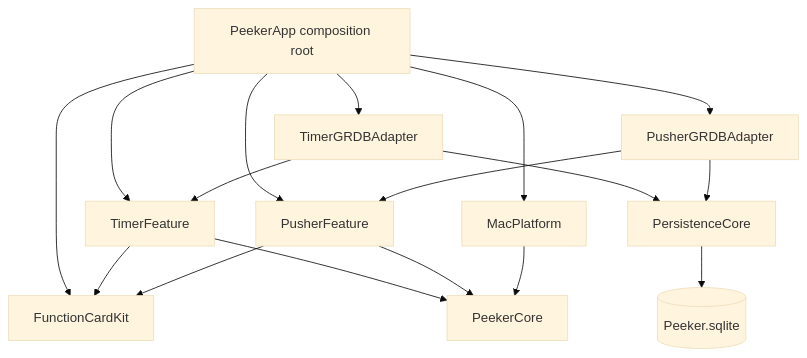
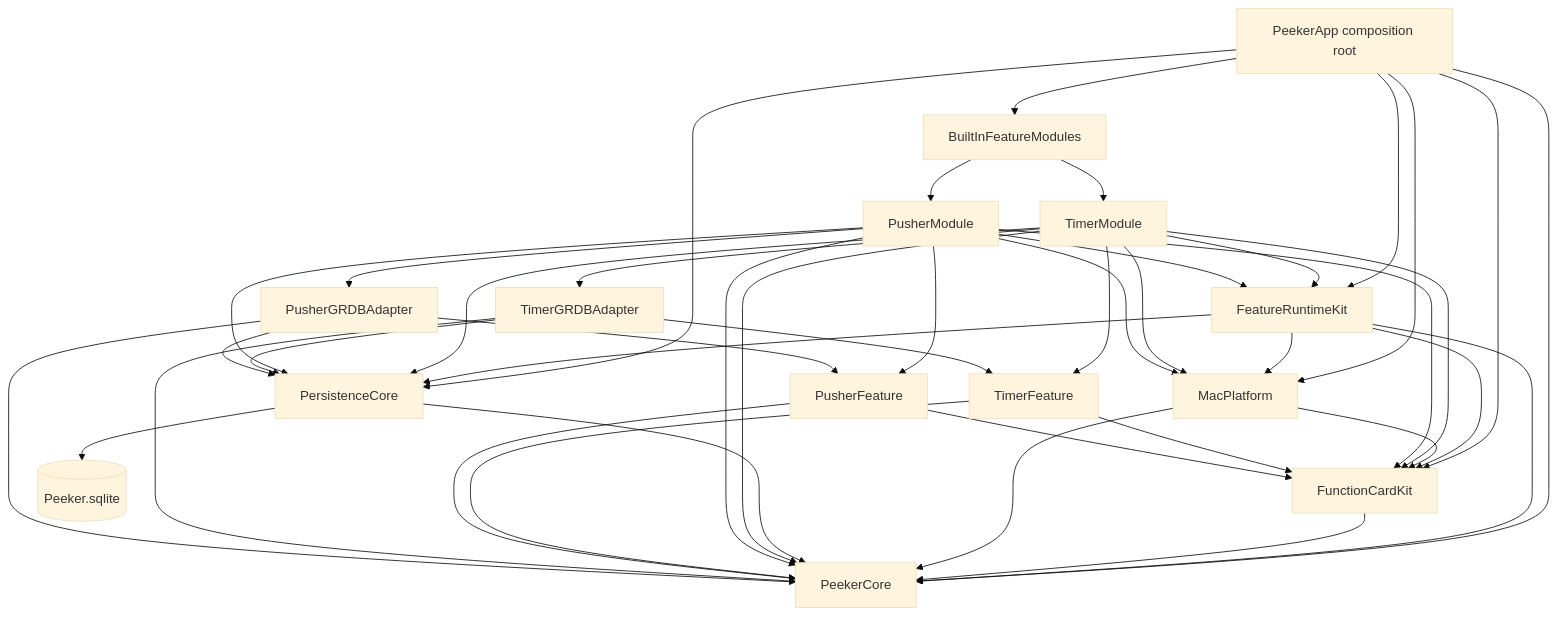
The diagram in docs/ARCHITECTURE.md (SCPZ24/Peeker), drawn with Mermaid (base theme) before and after one commit. The commit also changed other lines of this file and 64 other files, not shown here.

````diff
--- a/docs/ARCHITECTURE.md
+++ b/docs/ARCHITECTURE.md
@@ -5,30 +7,59 @@
 ```mermaid
 flowchart TD
     App["PeekerApp composition root"]
+    Catalog["BuiltInFeatureModules"]
+    Runtime["FeatureRuntimeKit"]
     Core["PeekerCore"]
     Cards["FunctionCardKit"]
+    Platform["MacPlatform"]
+    Persistence["PersistenceCore"]
+    TimerModule["TimerModule"]
     Timer["TimerFeature"]
+    TimerDB["TimerGRDBAdapter"]
+    PusherModule["PusherModule"]
     Pusher["PusherFeature"]
-    Persistence["PersistenceCore"]
-    TimerDB["TimerGRDBAdapter"]
     PusherDB["PusherGRDBAdapter"]
-    Platform["MacPlatform"]
     DB[("Peeker.sqlite")]
 
+    App --> Catalog
+    App --> Runtime
+    App --> Core
     App --> Cards
-    App --> Timer
-    App --> Pusher
-    App --> TimerDB
-    App --> PusherDB
     App --> Platform
+    App --> Persistence
+    Catalog --> TimerModule
+    Catalog --> PusherModule
+    Runtime --> Core
+    Runtime --> Cards
+    Runtime --> Platform
+    Runtime --> Persistence
+    Cards --> Core
+    Platform --> Core
+    Platform --> Cards
+    Persistence --> Core
+    TimerModule --> Runtime
+    TimerModule --> Core
+    TimerModule --> Cards
+    TimerModule --> Platform
+    TimerModule --> Persistence
+    TimerModule --> Timer
+    TimerModule --> TimerDB
+    PusherModule --> Runtime
+    PusherModule --> Core
+    PusherModule --> Cards
+    PusherModule --> Platform
+    PusherModule --> Persistence
+    PusherModule --> Pusher
+    PusherModule --> PusherDB
     Timer --> Core
     Timer --> Cards
     Pusher --> Core
     Pusher --> Cards
     TimerDB --> Timer
+    TimerDB --> Core
     TimerDB --> Persistence
     PusherDB --> Pusher
+    PusherDB --> Core
     PusherDB --> Persistence
     Persistence --> DB
-    Platform --> Core
 ```
````
